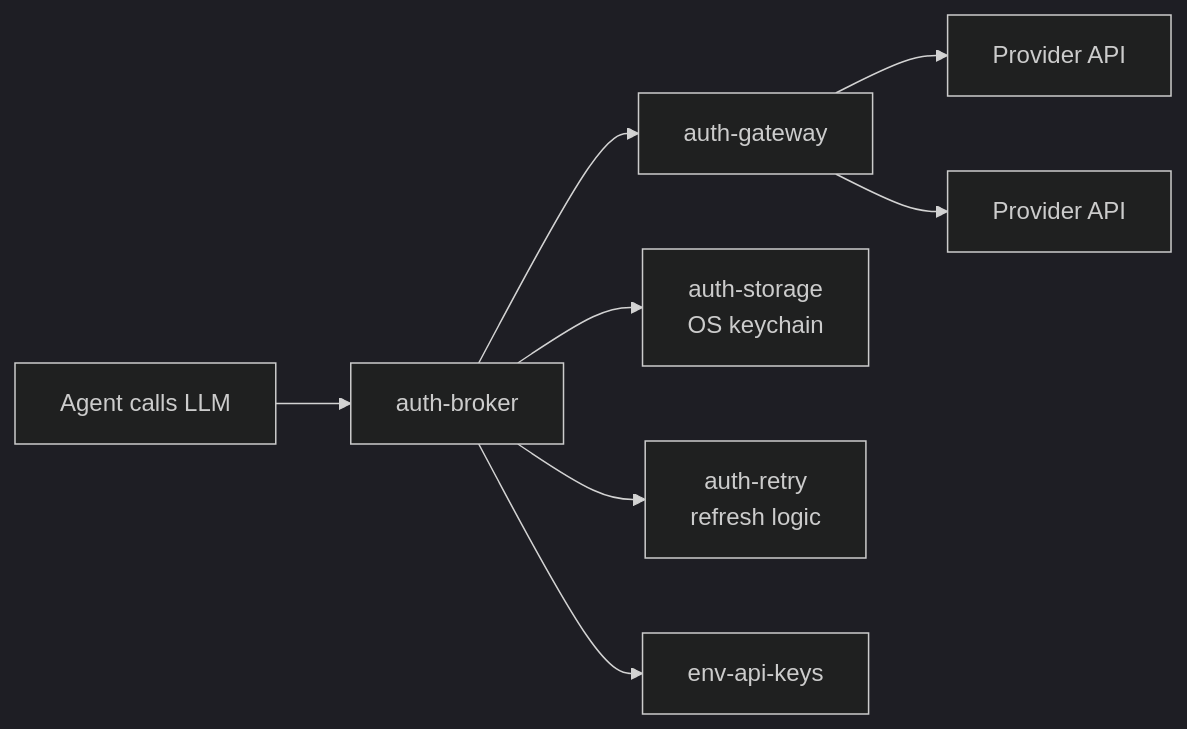
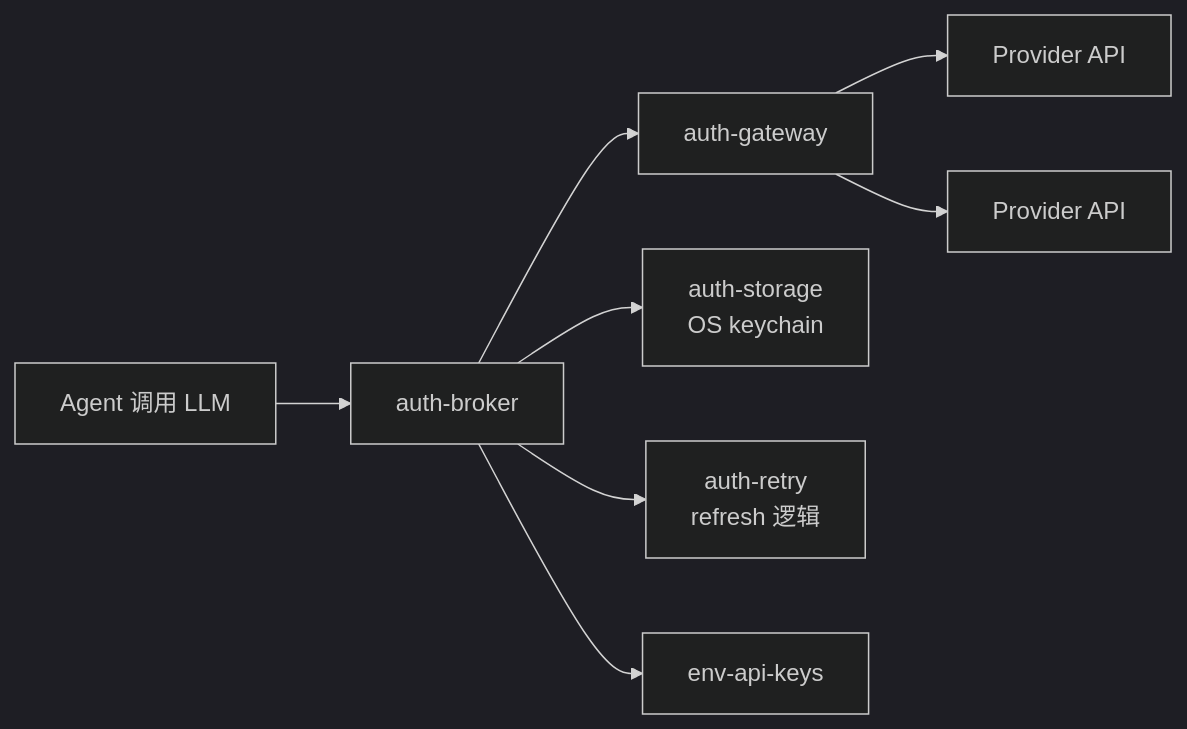
The first of 2 diagrams in docs-site/docs/02-pi-ai.md (YeLuo45/oh-my-pi-design), drawn with Mermaid (dark theme) before and after one commit. The commit also changed other lines of this file and 37 other files, not shown here.

````diff
--- a/docs-site/docs/02-pi-ai.md
+++ b/docs-site/docs/02-pi-ai.md
@@ -107,10 +107,10 @@
 ```mermaid
 flowchart LR
-  Agent[Agent calls LLM] --> AB[auth-broker]
+  Agent[Agent 调用 LLM] --> AB[auth-broker]
   AB --> AG[auth-gateway]
   AG --> API1[Provider API]
   AG --> API2[Provider API]
   AB --> AS[auth-storage<br/>OS keychain]
-  AB --> RE[auth-retry<br/>refresh logic]
+  AB --> RE[auth-retry<br/>refresh 逻辑]
   AB --> EV[env-api-keys]
 ```
````
